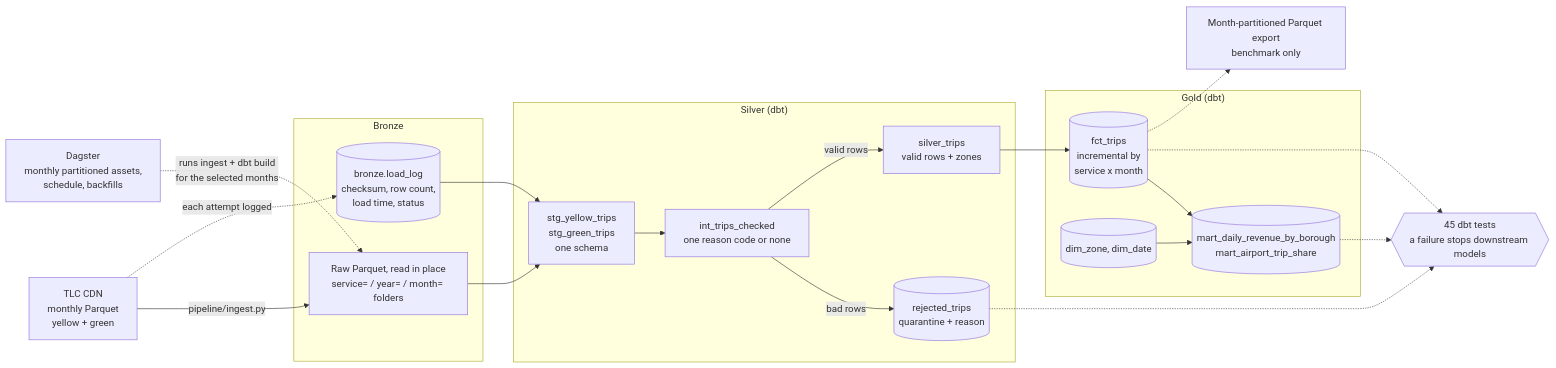
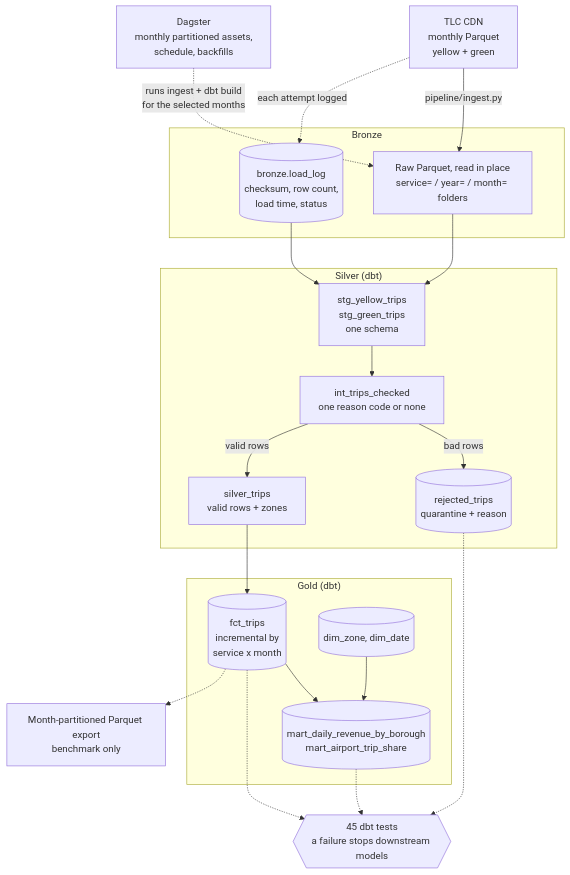
Before and after one commit to byteKumar/taxi-lakehouse: the diagram in README.md, drawn with Mermaid.

Commit message:
Rewrite README: top-down architecture diagram

````diff
--- a/README.md
+++ b/README.md
@@ -19,42 +19,42 @@
 ```mermaid
-flowchart LR
+flowchart TB
     tlc["TLC CDN<br/>monthly Parquet<br/>yellow + green"]
 
     subgraph bronze["Bronze"]
         raw["Raw Parquet, read in place<br/>service= / year= / month= folders"]
         log[("bronze.load_log<br/>checksum, row count,<br/>load time, status")]
     end
 
     subgraph silver["Silver (dbt)"]
         stg["stg_yellow_trips<br/>stg_green_trips<br/>one schema"]
         chk["int_trips_checked<br/>one reason code or none"]
         rej[("rejected_trips<br/>quarantine + reason")]
         slv["silver_trips<br/>valid rows + zones"]
     end
 
     subgraph gold["Gold (dbt)"]
         fct[("fct_trips<br/>incremental by<br/>service x month")]
         dims[("dim_zone, dim_date")]
         marts[("mart_daily_revenue_by_borough<br/>mart_airport_trip_share")]
     end
 
     gates{{"45 dbt tests<br/>a failure stops downstream models"}}
     dagster["Dagster<br/>monthly partitioned assets,<br/>schedule, backfills"]
     export["Month-partitioned Parquet export<br/>benchmark only"]
 
     tlc -->|"pipeline/ingest.py"| raw
     tlc -.->|"each attempt logged"| log
     raw --> stg
     log --> stg
     stg --> chk
     chk -->|"bad rows"| rej
     chk -->|"valid rows"| slv
     slv --> fct
     dims --> marts
     fct --> marts
     fct -.-> gates
     rej -.-> gates
     marts -.-> gates
     dagster -.->|"runs ingest + dbt build<br/>for the selected months"| raw
     fct -.-> export
 ```
````
